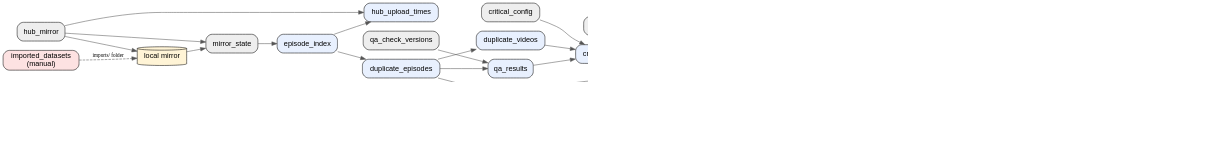
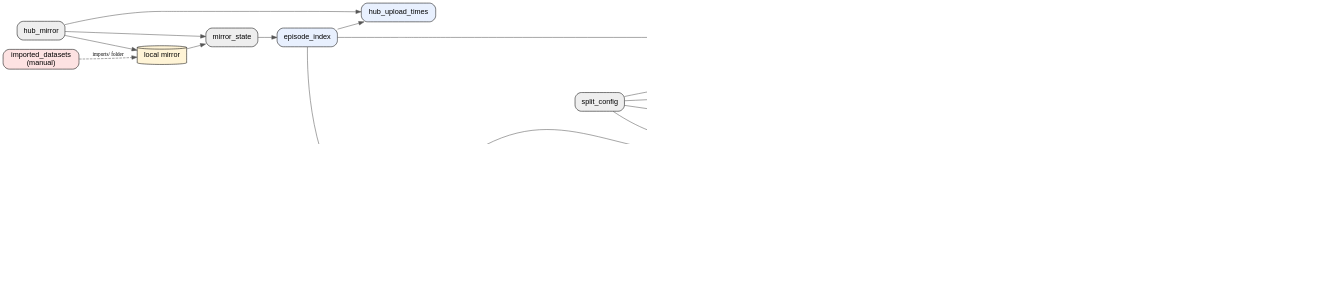
One commit to oopsie-data/oopsie-backend changed the diagram in docs/images/pipeline.dot. Above: the diagram before and after it, drawn with Graphviz. The commit also changed 43 other files, not shown here.

```diff
--- a/docs/images/pipeline.dot
+++ b/docs/images/pipeline.dot
@@ -1,29 +1,34 @@
 digraph pipeline {
   rankdir=LR; dpi=150;
   node [shape=box, style="rounded,filled", fillcolor="#e8f0fe", fontname="Helvetica"];
   edge [color="#555555"];
   mirror [label="local mirror", shape=cylinder, fillcolor="#fff4d6"];
   node [fillcolor="#eeeeee"];
-  hub_mirror; mirror_state; camera_names_config; qa_check_versions; critical_config; stats_config; split_config; annotation_state; training_recipe_state;
+  hub_mirror; mirror_state; camera_names_config; embodiments_config; policies_config; qa_check_versions; critical_config; stats_config; split_config; annotation_state; annotation_flags_config; training_recipe_state; analysis_config;
   node [fillcolor="#fde2e2"];
-  imported_datasets [label="imported_datasets\n(manual)"]; training_data [label="training_data\n(manual)"];
+  imported_datasets [label="imported_datasets\n(manual)"]; training_data [label="training_data\n(manual)"]; dataset_analysis [label="dataset_analysis\n(manual)"];
   node [fillcolor="#e8f0fe"];
   hub_mirror -> mirror; hub_mirror -> mirror_state; mirror -> mirror_state;
   mirror_state -> episode_index;
   hub_mirror -> hub_upload_times; episode_index -> hub_upload_times;
   episode_index -> duplicate_episodes;
   duplicate_episodes -> unified_camera_names; camera_names_config -> unified_camera_names;
+  duplicate_episodes -> unified_embodiments; embodiments_config -> unified_embodiments;
+  duplicate_episodes -> unified_policies; policies_config -> unified_policies;
   duplicate_episodes -> duplicate_videos;
   duplicate_episodes -> qa_results; qa_check_versions -> qa_results;
   duplicate_videos -> critical_episodes; qa_results -> critical_episodes; critical_config -> critical_episodes;
   critical_episodes -> stats; stats_config -> stats;
   critical_episodes -> eval_proposals;
   split_config -> eval_proposals; split_config -> chosen_proposal; split_config -> train_sample; split_config -> annotator_assignments;
   eval_proposals -> chosen_proposal;
   chosen_proposal -> eval_split; chosen_proposal -> train_sample; chosen_proposal -> annotator_assignments;
   train_sample -> annotator_assignments;
   annotator_assignments -> annotation_columns; annotation_state -> annotation_columns;
+  annotation_columns -> annotation_flags; episode_index -> annotation_flags; annotation_flags_config -> annotation_flags;
   imported_datasets -> mirror [style=dashed, label="imports/ folder", fontsize=10];
-  critical_episodes -> training_data; eval_split -> training_data; annotation_columns -> training_data;
+  critical_episodes -> training_data; eval_split -> training_data; annotation_flags -> training_data;
   unified_camera_names -> training_data; training_recipe_state -> training_data;
+  critical_episodes -> dataset_analysis; annotation_flags -> dataset_analysis; unified_camera_names -> dataset_analysis; unified_embodiments -> dataset_analysis;
+  unified_policies -> dataset_analysis; analysis_config -> dataset_analysis;
 }
```
